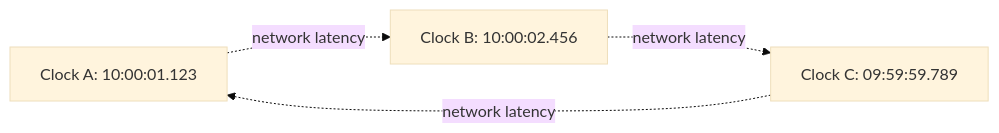
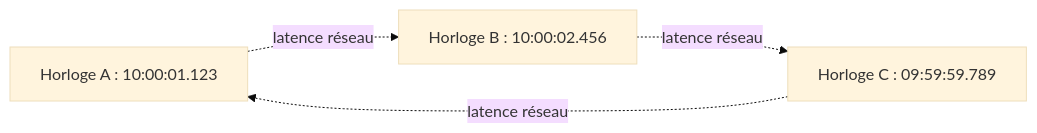
The third of 9 diagrams in src/fundamentals/01-what-is-ds.md (dardourimohamed/distributed-systems-course), drawn with Mermaid (base theme) before and after one commit. The commit also changed other lines of this file and 38 other files, not shown here.

````diff
--- a/src/fundamentals/01-what-is-ds.md
+++ b/src/fundamentals/01-what-is-ds.md
@@ -74,10 +74,10 @@
 ```mermaid
 graph LR
-    A[Clock A: 10:00:01.123]
-    B[Clock B: 10:00:02.456]
-    C[Clock C: 09:59:59.789]
+    A[Horloge A : 10:00:01.123]
+    B[Horloge B : 10:00:02.456]
+    C[Horloge C : 09:59:59.789]
 
-    A -.->|network latency| B
-    B -.->|network latency| C
-    C -.->|network latency| A
+    A -.->|latence réseau| B
+    B -.->|latence réseau| C
+    C -.->|latence réseau| A
 ```
````
